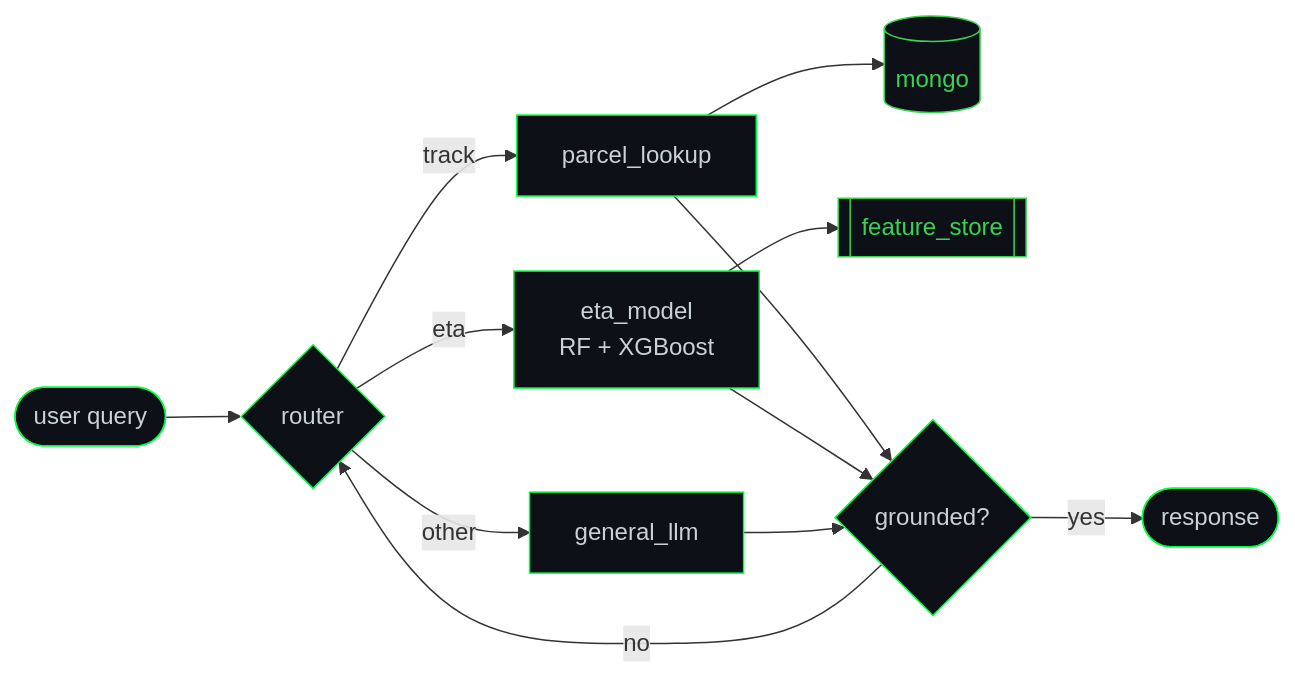
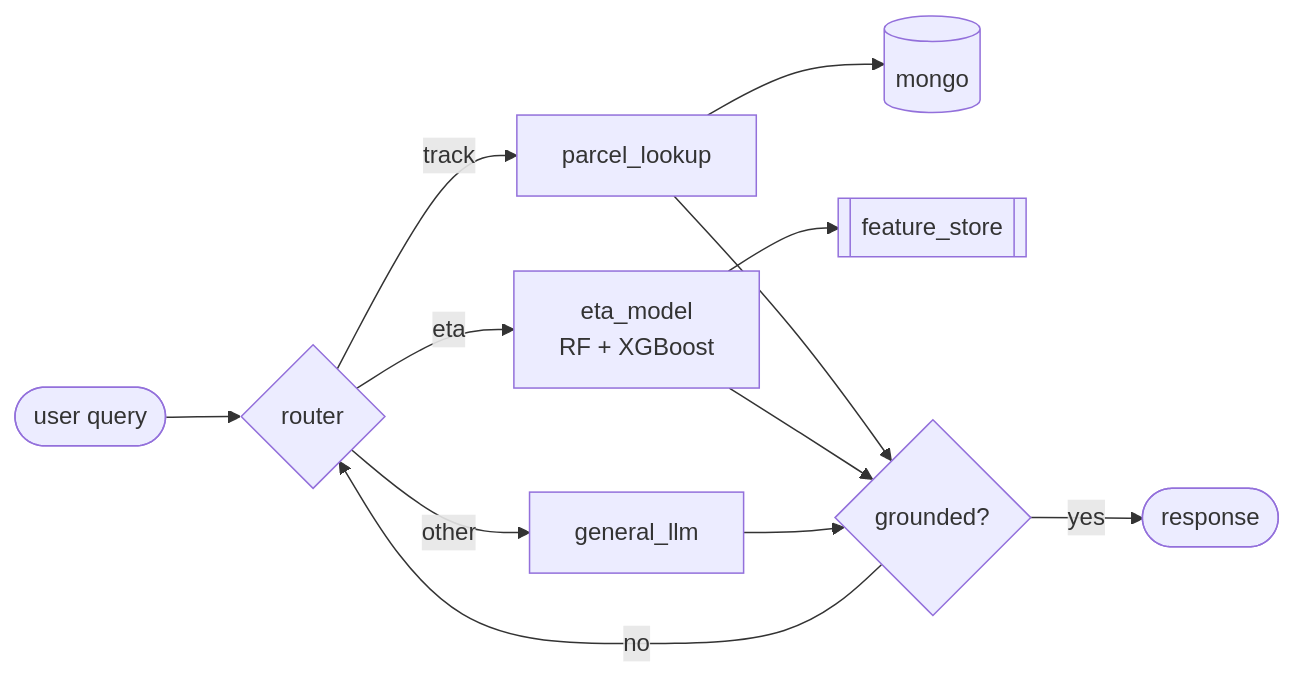
One commit to Nivakaran-S/Nivakaran-S changed the diagram in README.md. Above: the diagram before and after it, drawn with Mermaid. The commit also changed other lines of this file and 4 other files, not shown here.

````diff
--- a/README.md
+++ b/README.md
@@ -206,19 +123,14 @@
 ```mermaid
 flowchart LR
     A([user query]) --> B{router}
     B -->|track| C[parcel_lookup]
     B -->|eta| D[eta_model<br/>RF + XGBoost]
     B -->|other| E[general_llm]
     C --> F[(mongo)]
     D --> G[[feature_store]]
     C --> H{grounded?}
     D --> H
     E --> H
     H -->|no| B
     H -->|yes| I([response])
-
-    classDef n fill:#0D1117,stroke:#00FF41,color:#C9D1D9,stroke-width:1px
-    classDef t fill:#0D1117,stroke:#39D353,color:#39D353,stroke-width:1px
-    class A,B,C,D,E,H,I n
-    class F,G t
 ```
````
